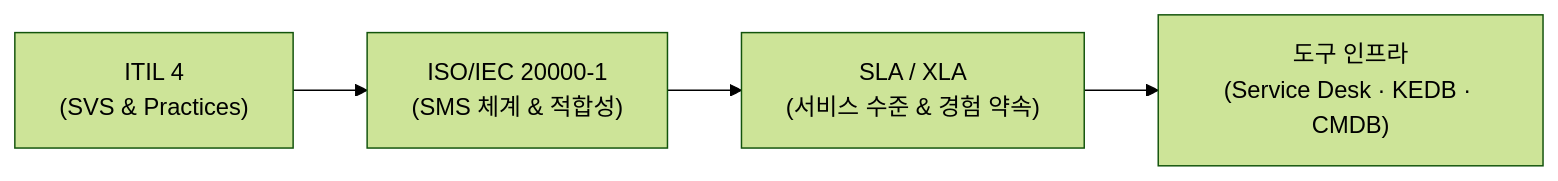
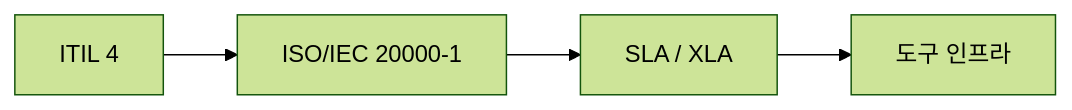
Before and after one commit to agnusdei1207/study: the first of 4 diagrams in src/content/docs/notes/itpe/01-it-strategy/044_itsm.md, drawn with Mermaid (forest theme). The commit also changed other lines of this file and 19 other files, not shown here.

````diff
--- a/src/content/docs/notes/itpe/01-it-strategy/044_itsm.md
+++ b/src/content/docs/notes/itpe/01-it-strategy/044_itsm.md
@@ -58,6 +60,6 @@
 ```mermaid
 flowchart LR
-    SVS["ITIL 4<br/>(SVS & Practices)"] --> GOV["ISO/IEC 20000-1<br/>(SMS 체계 & 적합성)"]
-    GOV --> SLA_BOX["SLA / XLA<br/>(서비스 수준 & 경험 약속)"]
-    SLA_BOX --> TOOL["도구 인프라<br/>(Service Desk · KEDB · CMDB)"]
+    SVS["ITIL 4"] --> GOV["ISO/IEC 20000-1"]
+    GOV --> SLA_BOX["SLA / XLA"]
+    SLA_BOX --> TOOL["도구 인프라"]
 ```
````
